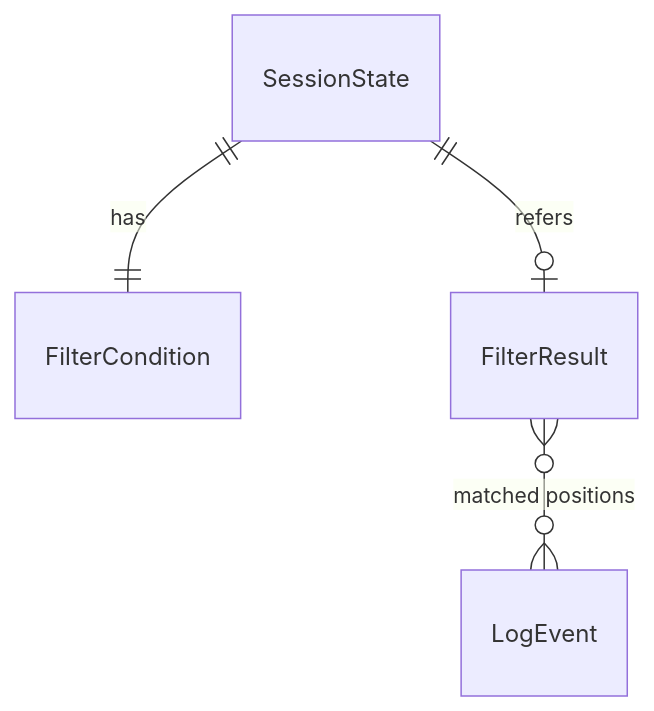
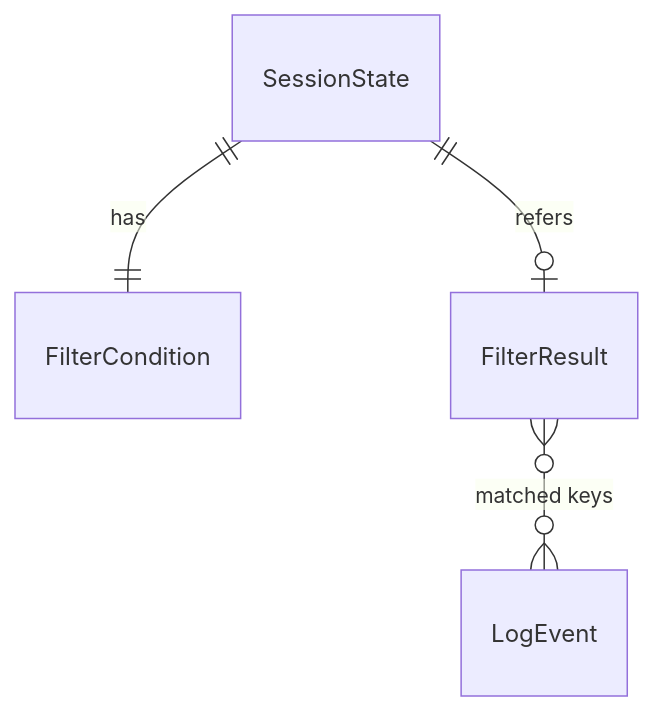
Before and after one commit to kdnakt/local-sights: the third of 3 diagrams in aidlc/spaces/default/intents/261002-cwlogs-viewer/construction/u5-filter/functional-design/functional-spec.md, drawn with Mermaid. The commit also changed other lines of this file and 4 other files, not shown here.

````diff
--- a/aidlc/spaces/default/intents/261002-cwlogs-viewer/construction/u5-filter/functional-design/functional-spec.md
+++ b/aidlc/spaces/default/intents/261002-cwlogs-viewer/construction/u5-filter/functional-design/functional-spec.md
@@ -91,6 +93,6 @@
 ```mermaid
 erDiagram
   SessionState ||--|| FilterCondition : has
   SessionState ||--o| FilterResult : refers
-  FilterResult }o--o{ LogEvent : "matched positions"
+  FilterResult }o--o{ LogEvent : "matched keys"
 ```
````
